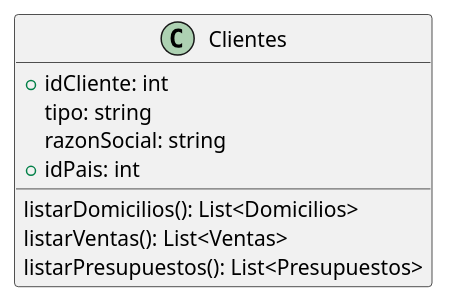
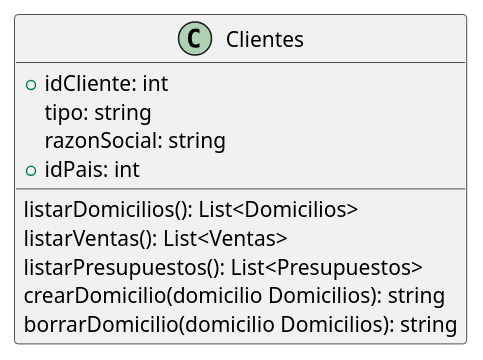
Before and after one commit to ZMGestion/DocumentacionZMGestion: the diagram in DiagramaClases/Clases/Clientes.puml, drawn with PlantUML. The commit also changed 9 other files, not shown here.

```diff
--- a/DiagramaClases/Clases/Clientes.puml
+++ b/DiagramaClases/Clases/Clientes.puml
@@ -1,12 +1,14 @@
 @startuml Clientes
 class Clientes{
     +idCliente: int
     tipo: string
     razonSocial: string 
     +idPais: int
 
     listarDomicilios(): List<Domicilios>
     listarVentas(): List<Ventas>
     listarPresupuestos(): List<Presupuestos>
+    crearDomicilio(domicilio Domicilios): string
+    borrarDomicilio(domicilio Domicilios): string
 }
 @enduml
```
